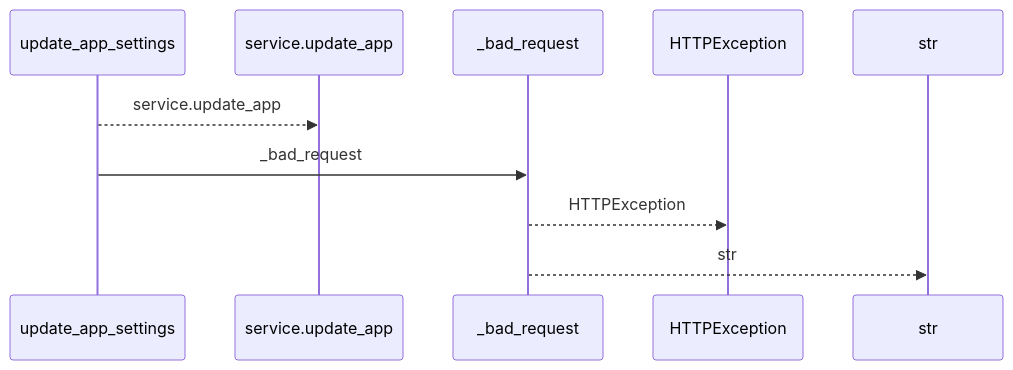
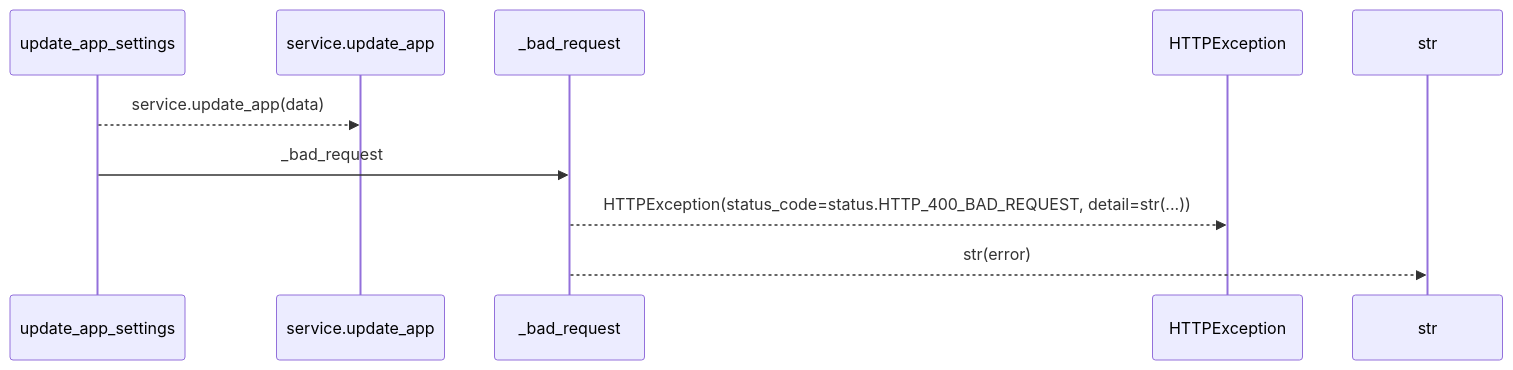
One commit to Denissvgn/WorkChord changed the first of 2 diagrams in docs/llm_wiki/flows/http-update_app_settings.md. Above: the diagram before and after it, drawn with Mermaid. The commit also changed other lines of this file and 25171 other files, not shown here.

````diff
--- a/docs/llm_wiki/flows/http-update_app_settings.md
+++ b/docs/llm_wiki/flows/http-update_app_settings.md
@@ -10,12 +12,12 @@
 ```mermaid
 sequenceDiagram
     participant p0 as update_app_settings
     participant p1 as service.update_app
     participant p2 as _bad_request
     participant p3 as HTTPException
     participant p4 as str
-    p0-->>p1: service.update_app
+    p0-->>p1: service.update_app(data)
     p0->>p2: _bad_request
-    p2-->>p3: HTTPException
-    p2-->>p4: str
+    p2-->>p3: HTTPException(status_code=status.HTTP_400_BAD_REQUEST, detail=str(...))
+    p2-->>p4: str(error)
 ```
````
